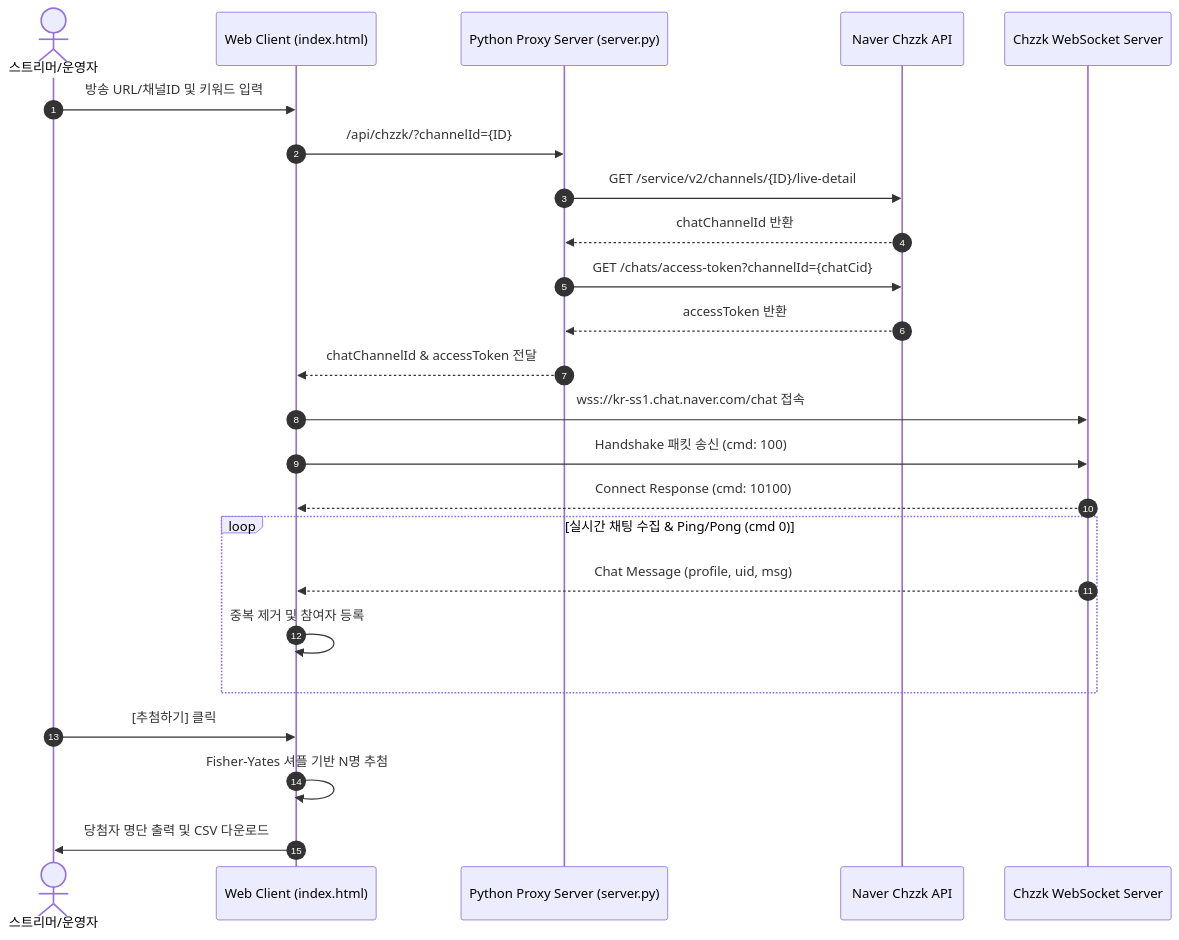
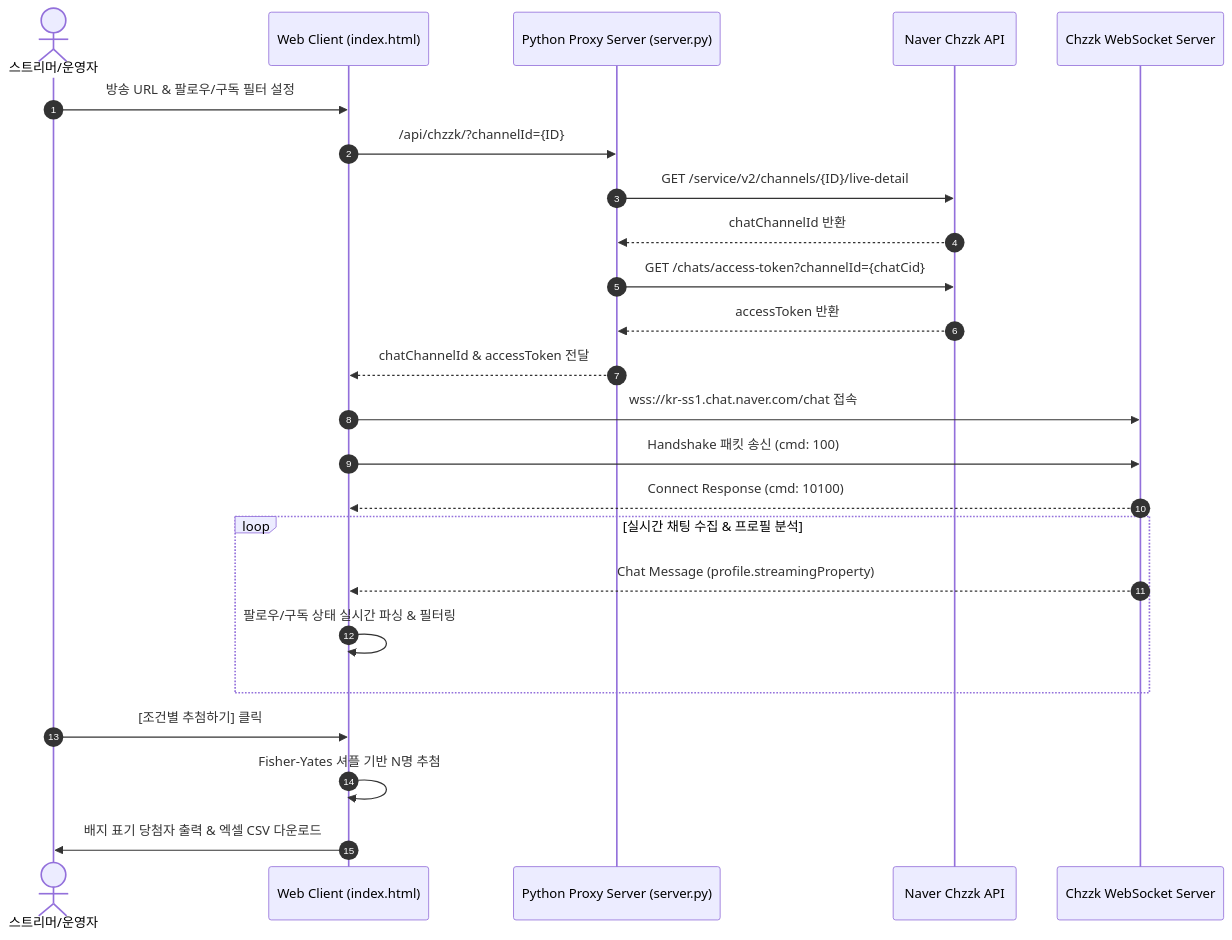
The diagram in README.md (ManofKimchi08/chzzk-raffle-app), drawn with Mermaid before and after one commit. The commit also changed other lines of this file and 1 other file, not shown here.

````diff
--- a/README.md
+++ b/README.md
@@ -25,27 +31,27 @@
 ```mermaid
 sequenceDiagram
     autonumber
     actor Streamer as 스트리머/운영자
     participant WebApp as Web Client (index.html)
     participant Server as Python Proxy Server (server.py)
     participant ChzzkAPI as Naver Chzzk API
     participant ChzzkWS as Chzzk WebSocket Server
 
-    Streamer->>WebApp: 방송 URL/채널ID 및 키워드 입력
+    Streamer->>WebApp: 방송 URL & 팔로우/구독 필터 설정
     WebApp->>Server: /api/chzzk/?channelId={ID}
     Server->>ChzzkAPI: GET /service/v2/channels/{ID}/live-detail
     ChzzkAPI-->>Server: chatChannelId 반환
     Server->>ChzzkAPI: GET /chats/access-token?channelId={chatCid}
     ChzzkAPI-->>Server: accessToken 반환
     Server-->>WebApp: chatChannelId & accessToken 전달
     WebApp->>ChzzkWS: wss://kr-ss1.chat.naver.com/chat 접속
     WebApp->>ChzzkWS: Handshake 패킷 송신 (cmd: 100)
     ChzzkWS-->>WebApp: Connect Response (cmd: 10100)
-    loop 실시간 채팅 수집 & Ping/Pong (cmd 0)
-        ChzzkWS-->>WebApp: Chat Message (profile, uid, msg)
-        WebApp->>WebApp: 중복 제거 및 참여자 등록
+    loop 실시간 채팅 수집 & 프로필 분석
+        ChzzkWS-->>WebApp: Chat Message (profile.streamingProperty)
+        WebApp->>WebApp: 팔로우/구독 상태 실시간 파싱 & 필터링
     end
-    Streamer->>WebApp: [추첨하기] 클릭
+    Streamer->>WebApp: [조건별 추첨하기] 클릭
     WebApp->>WebApp: Fisher-Yates 셔플 기반 N명 추첨
-    WebApp->>Streamer: 당첨자 명단 출력 및 CSV 다운로드
+    WebApp->>Streamer: 배지 표기 당첨자 출력 & 엑셀 CSV 다운로드
 ```
````
